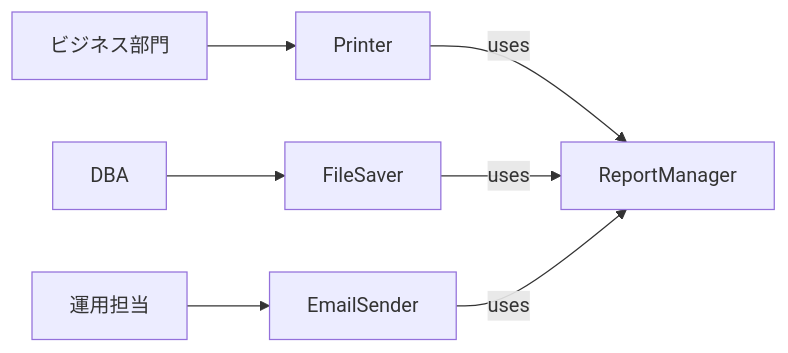
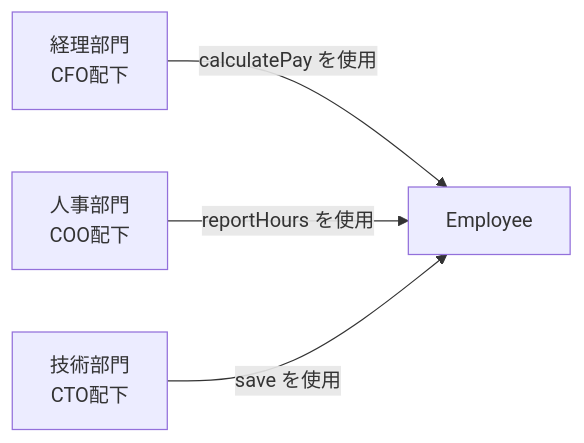
The first of 8 diagrams in docs/single-responsibility-principle.md (shuji-bonji/Notes-on-SOLID-Principle), drawn with Mermaid before and after one commit. The commit also changed other lines of this file and 1 other file, not shown here.

````diff
--- a/docs/single-responsibility-principle.md
+++ b/docs/single-responsibility-principle.md
@@ -54,10 +50,6 @@
 ```mermaid
 graph LR;
-  A[ビジネス部門] --> P[Printer];
-  B[DBA] --> F[FileSaver];
-  C[運用担当] --> E[EmailSender];
-
-  P -->|uses| R[ReportManager];
-  F -->|uses| R;
-  E -->|uses| R;
+  A[経理部門<br/>CFO配下] -->|calculatePay を使用| E[Employee];
+  B[人事部門<br/>COO配下] -->|reportHours を使用| E;
+  C[技術部門<br/>CTO配下] -->|save を使用| E;
 ```
````
